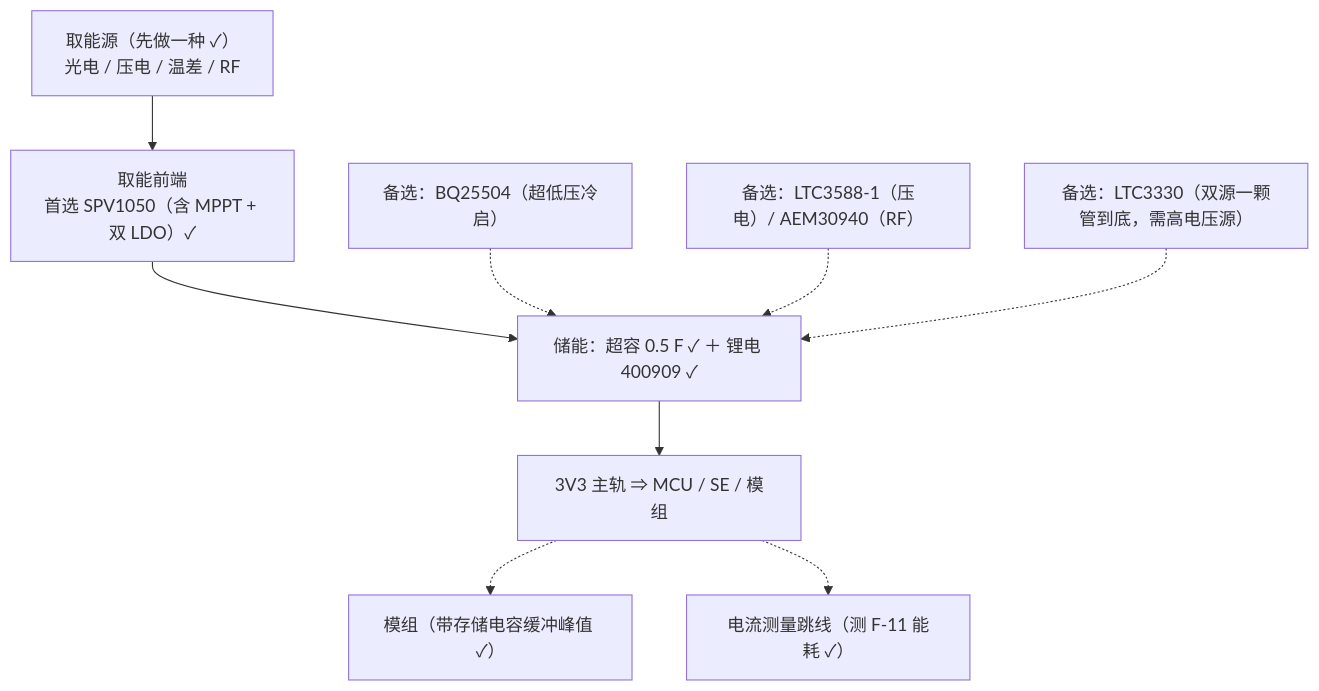
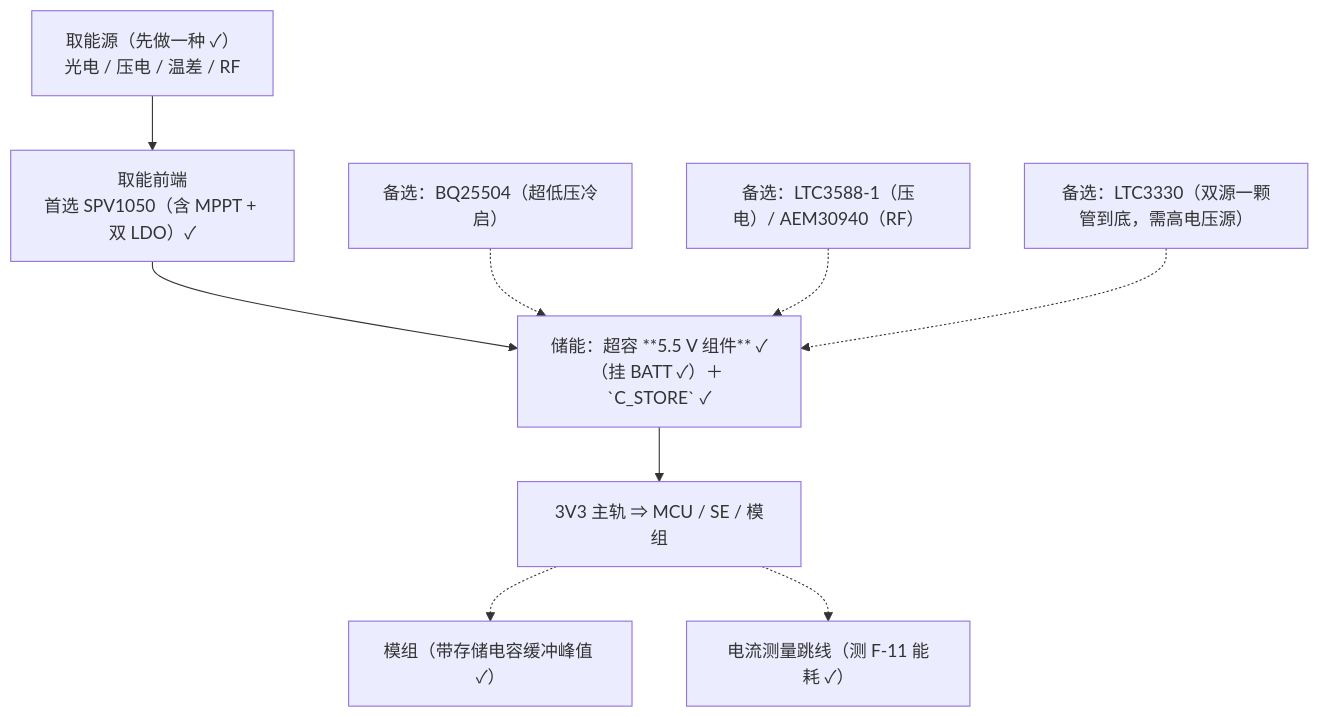
The third of 3 diagrams in docs/carrier-board-spec.md (Orpah/orpah-client-demo), drawn with Mermaid before and after one commit. The commit also changed other lines of this file and 4 other files, not shown here.

````diff
--- a/docs/carrier-board-spec.md
+++ b/docs/carrier-board-spec.md
@@ -153,11 +163,11 @@
 ```mermaid
 graph TD
   SRC["取能源（先做一种 ✓）<br/>光电 / 压电 / 温差 / RF"] --> FE
-  FE["取能前端<br/>首选 SPV1050（含 MPPT + 双 LDO）✓"] --> STORE["储能：超容 0.5 F ✓ ＋ 锂电 400909 ✓"]
+  FE["取能前端<br/>首选 SPV1050（含 MPPT + 双 LDO）✓"] --> STORE["储能：超容 **5.5 V 组件** ✓（挂 BATT ✓）＋ `C_STORE` ✓"]
   ALT1["备选：BQ25504（超低压冷启）"] -.-> STORE
   ALT2["备选：LTC3588-1（压电）/ AEM30940（RF）"] -.-> STORE
   ALT3["备选：LTC3330（双源一颗管到底，需高电压源）"] -.-> STORE
   STORE --> RAIL["3V3 主轨 ⇒ MCU / SE / 模组"]
   RAIL -.-> MOD["模组（带存储电容缓冲峰值 ✓）"]
   RAIL -.-> TP["电流测量跳线（测 F-11 能耗 ✓）"]
 ```
````
